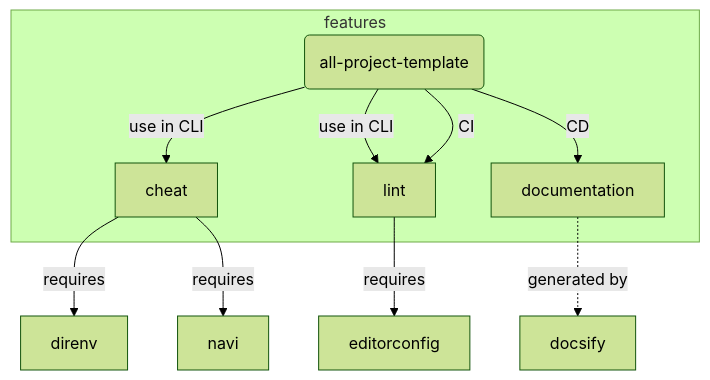
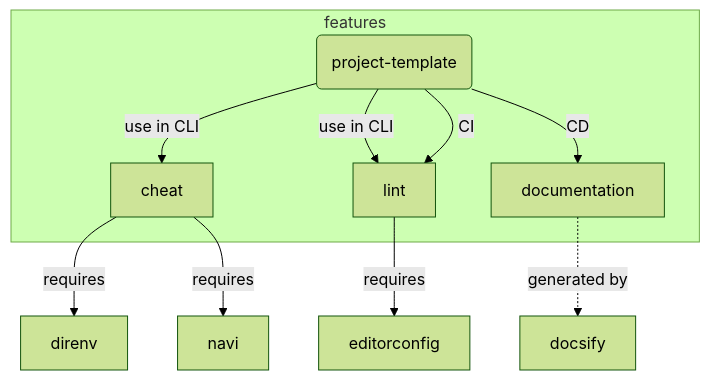
The diagram in README.md (Torimune29/rust-project-template), drawn with Mermaid (forest theme) before and after one commit. The commit also changed other lines of this file and 4 other files, not shown here.

````diff
--- a/README.md
+++ b/README.md
@@ -98,15 +98,15 @@
 ```mermaid
 flowchart TB
-    repo(all-project-template)
+    repo(project-template)
     repo
     subgraph features
         repo --use in CLI--> cheat
         repo --use in CLI--> lint
         repo --CI--> lint
         repo --CD--> documentation
     end
     cheat --requires--> direnv
     cheat --requires--> navi
     lint --requires--> editorconfig
     documentation -.generated by.-> docsify
 ```
````
